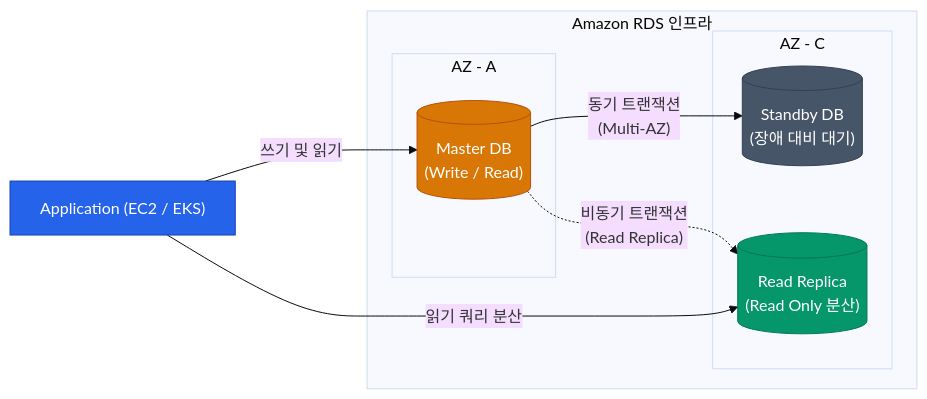
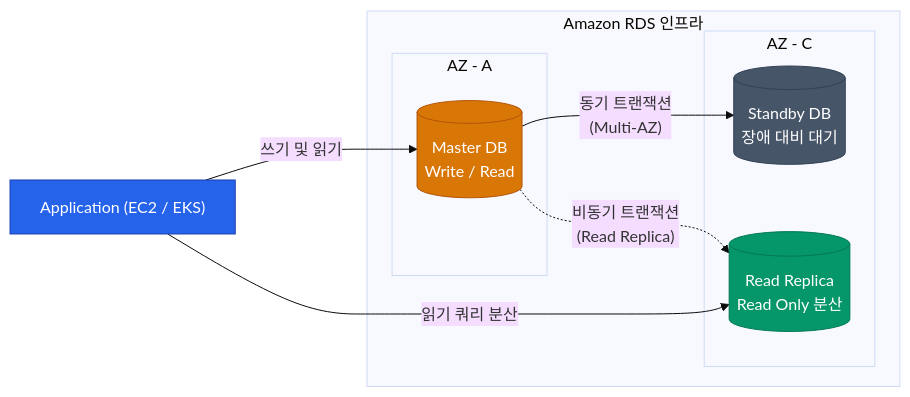
The diagram in _posts/cloud-infrastructure/2026-04-20-aws-04-storage.md (No1Joon/No1Joon.github.io), drawn with Mermaid (base theme) before and after one commit. The commit also changed other lines of this file and 36 other files, not shown here.

````diff
--- a/_posts/cloud-infrastructure/2026-04-20-aws-04-storage.md
+++ b/_posts/cloud-infrastructure/2026-04-20-aws-04-storage.md
@@ -38,31 +37,34 @@
 ```mermaid
 flowchart LR
     APP["Application (EC2 / EKS)"]
     
     subgraph _rds [Amazon RDS 인프라]
         subgraph az_a [AZ - A]
-            DB_MASTER[("Master DB<br/>(Write / Read)")]
+            DB_MASTER[(Master DB<br/>Write / Read)]
         end
         
         subgraph az_c [AZ - C]
-            DB_STANDBY[("Standby DB<br/>(장애 대비 대기)")]
-            DB_READ[("Read Replica<br/>(Read Only 분산)")]
+            DB_STANDBY[(Standby DB<br/>장애 대비 대기)]
+            DB_READ[(Read Replica<br/>Read Only 분산)]
         end
         
         DB_MASTER -->|"동기 트랜잭션<br/>(Multi-AZ)"| DB_STANDBY
         DB_MASTER -.->|"비동기 트랜잭션<br/>(Read Replica)"| DB_READ
     end
 
     APP -->|"쓰기 및 읽기"| DB_MASTER
     APP -->|"읽기 쿼리 분산"| DB_READ
 
     classDef primary fill:#2563eb,stroke:#1e40af,color:#ffffff
+    classDef success fill:#059669,stroke:#047857,color:#ffffff
     classDef warn fill:#d97706,stroke:#b45309,color:#ffffff
+    classDef danger fill:#dc2626,stroke:#991b1b,color:#ffffff
+    classDef info fill:#0891b2,stroke:#0e7490,color:#ffffff
     classDef neutral fill:#475569,stroke:#334155,color:#ffffff
-    classDef success fill:#059669,stroke:#047857,color:#ffffff
+    classDef muted fill:#e2e8f0,stroke:#94a3b8,color:#0f172a
 
     class APP primary
     class DB_MASTER warn
     class DB_STANDBY neutral
     class DB_READ success
 ```
````
